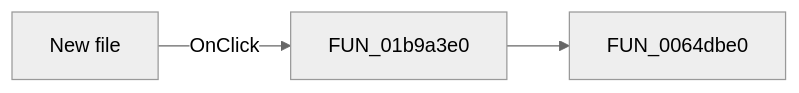
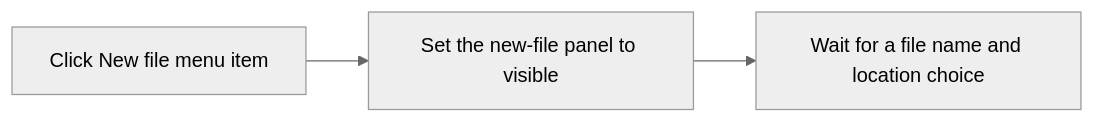
Before and after one commit to MovGP0/TIARA: the diagram in docs/ui-controls/frmeditcomprack/pmnunewfile-6b3248b957.md, drawn with Mermaid (neutral theme). The commit also changed other lines of this file and 387 other files, not shown here.

````diff
--- a/docs/ui-controls/frmeditcomprack/pmnunewfile-6b3248b957.md
+++ b/docs/ui-controls/frmeditcomprack/pmnunewfile-6b3248b957.md
@@ -27,5 +27,5 @@
 ```mermaid
 flowchart LR
-    control["New file"] -->|OnClick| handler["FUN_01b9a3e0"]
-    handler --> call1["FUN_0064dbe0"]
+    control["Click New file menu item"] --> handler["Set the new-file panel to visible"]
+    handler --> ready["Wait for a file name and location choice"]
 ```
````
